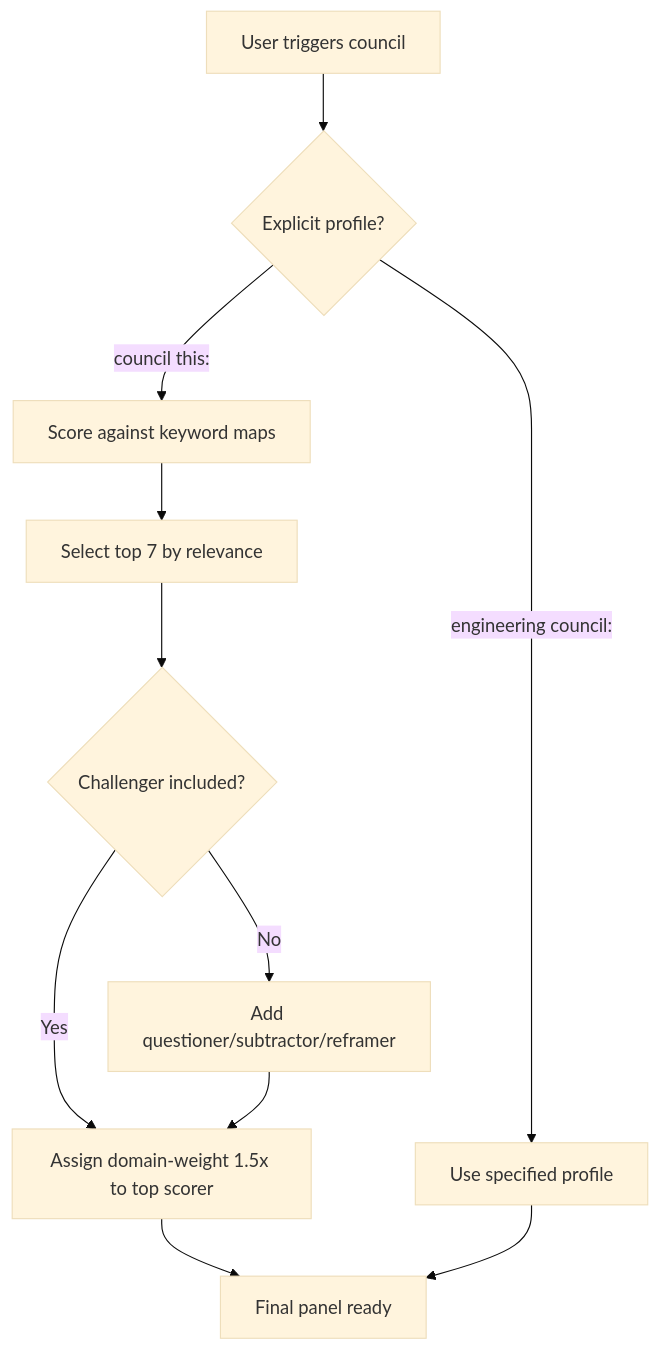
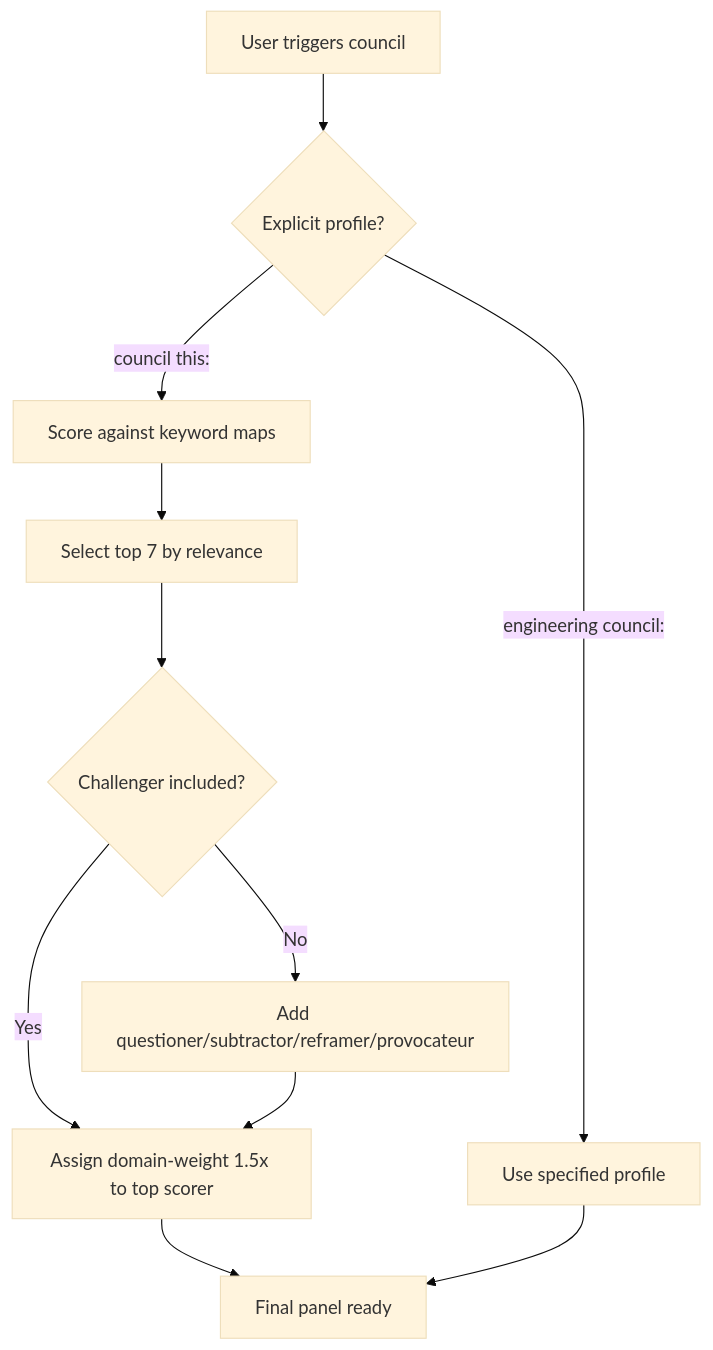
One commit to BhavanPatel/council-of-minds changed the fourth of 6 diagrams in docs/architecture.md. Above: the diagram before and after it, drawn with Mermaid (base theme). The commit also changed 11 other files, not shown here.

````diff
--- a/docs/architecture.md
+++ b/docs/architecture.md
@@ -96,16 +96,16 @@
 ```mermaid
 flowchart TD
     Start[User triggers council] --> Explicit{Explicit profile?}
 
     Explicit -->|"engineering council:"| Use[Use specified profile]
     Explicit -->|"council this:"| Keywords[Score against keyword maps]
 
     Keywords --> Top["Select top 7 by relevance"]
     Top --> Challenger{Challenger included?}
 
     Challenger -->|Yes| Weight[Assign domain-weight 1.5x to top scorer]
-    Challenger -->|No| Add[Add questioner/subtractor/reframer]
+    Challenger -->|No| Add[Add questioner/subtractor/reframer/provocateur]
     Add --> Weight
     Weight --> Done[Final panel ready]
     Use --> Done
 ```
````
